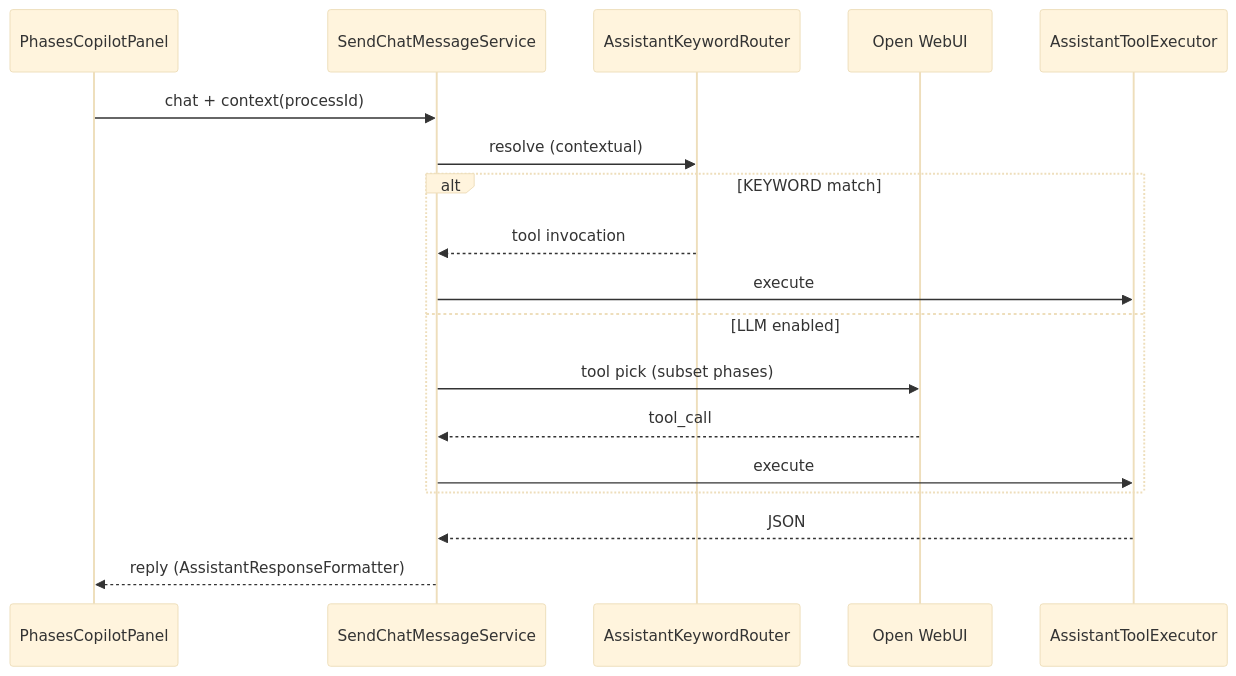
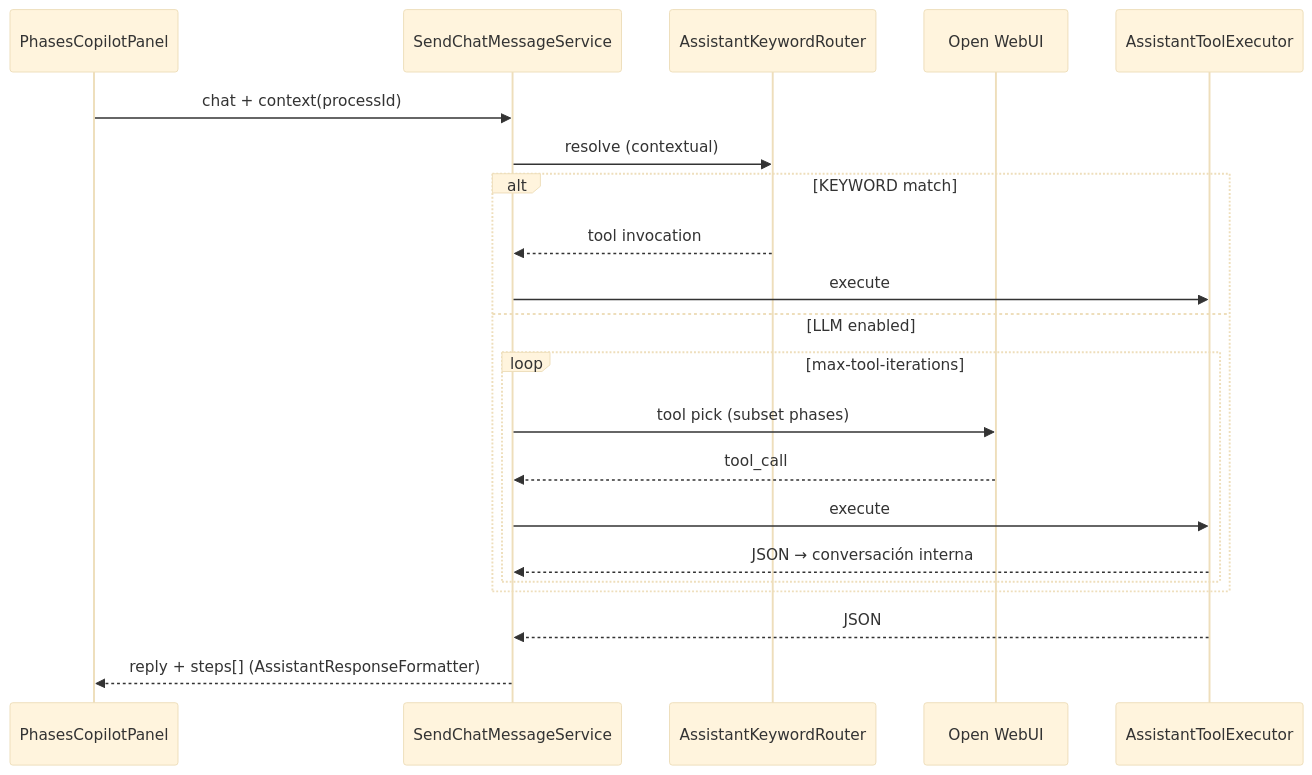
Before and after one commit to AcredIA-UMSS/sigesa-acreditacion-umss: the diagram in docs/design/assistant/DD-AGENT-001.md, drawn with Mermaid (base theme). The commit also changed other lines of this file and 73 other files, not shown here.

````diff
--- a/docs/design/assistant/DD-AGENT-001.md
+++ b/docs/design/assistant/DD-AGENT-001.md
@@ -64,21 +74,24 @@
 ```mermaid
 sequenceDiagram
   participant UI as PhasesCopilotPanel
   participant BE as SendChatMessageService
   participant KR as AssistantKeywordRouter
   participant LLM as Open WebUI
   participant EX as AssistantToolExecutor
 
   UI->>BE: chat + context(processId)
   BE->>KR: resolve (contextual)
   alt KEYWORD match
     KR-->>BE: tool invocation
     BE->>EX: execute
   else LLM enabled
-    BE->>LLM: tool pick (subset phases)
-    LLM-->>BE: tool_call
-    BE->>EX: execute
+    loop max-tool-iterations
+      BE->>LLM: tool pick (subset phases)
+      LLM-->>BE: tool_call
+      BE->>EX: execute
+      EX-->>BE: JSON → conversación interna
+    end
   end
   EX-->>BE: JSON
-  BE-->>UI: reply (AssistantResponseFormatter)
+  BE-->>UI: reply + steps[] (AssistantResponseFormatter)
 ```
````
